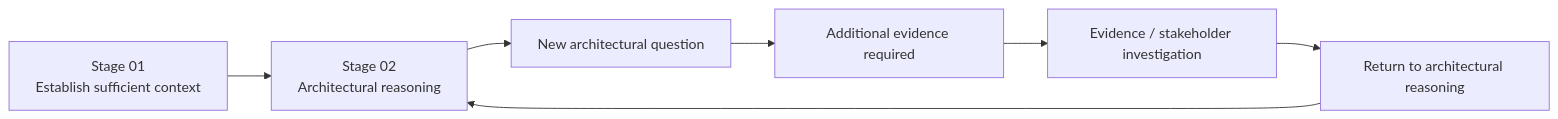
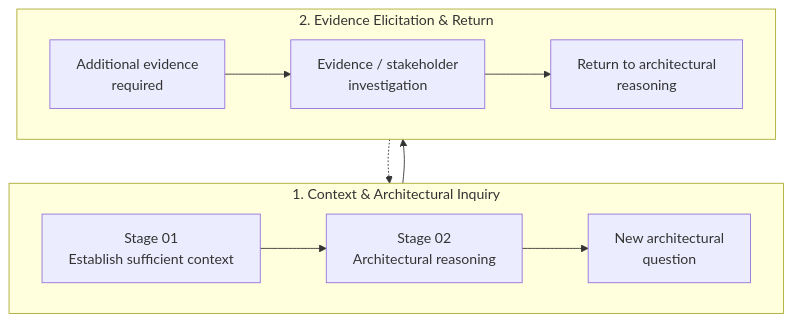
One commit to avfranco-br/portfolio changed diagram 13 of 16 in docs/sop/02-target-architecture.md. Above: the diagram before and after it, drawn with Mermaid. The commit also changed other lines of this file and 10 other files, not shown here.

Commit message:
Refactor Mermaid diagrams across SOP and methods documentation for legibility

````diff
--- a/docs/sop/02-target-architecture.md
+++ b/docs/sop/02-target-architecture.md
@@ -1538,11 +1559,17 @@
 ```mermaid
-flowchart LR
-    A["Stage 01<br/>Establish sufficient context"]
-    B["Stage 02<br/>Architectural reasoning"]
-    C["New architectural question"]
-    D["Additional evidence required"]
-    E["Evidence / stakeholder investigation"]
-    F["Return to architectural reasoning"]
-    A --> B --> C --> D --> E --> F
-    F --> B
+flowchart TD
+    subgraph Context_Investigation["1. Context & Architectural Inquiry"]
+        direction LR
+        A["Stage 01<br/>Establish sufficient context"] --> B["Stage 02<br/>Architectural reasoning"]
+        B --> C["New architectural<br/>question"]
+    end
+
+    subgraph Evidence_Return["2. Evidence Elicitation & Return"]
+        direction LR
+        D["Additional evidence<br/>required"] --> E["Evidence / stakeholder<br/>investigation"]
+        E --> F["Return to architectural<br/>reasoning"]
+    end
+
+    C --> D
+    F -.-> B
 ```
````
